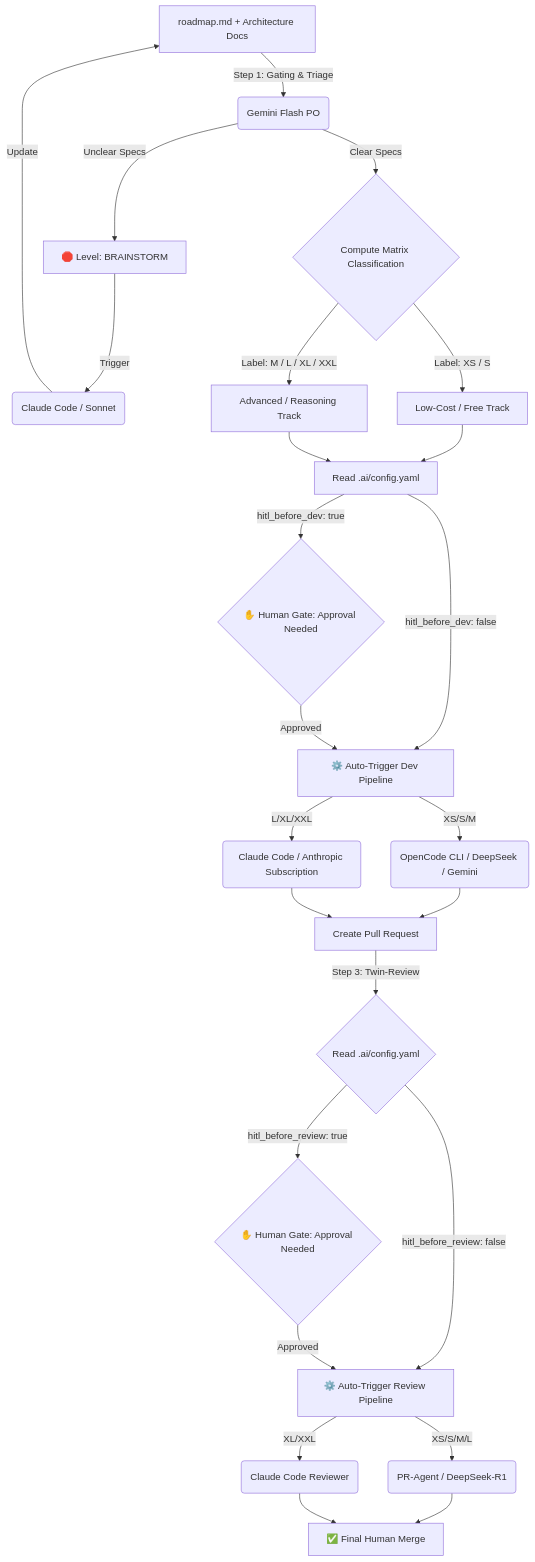
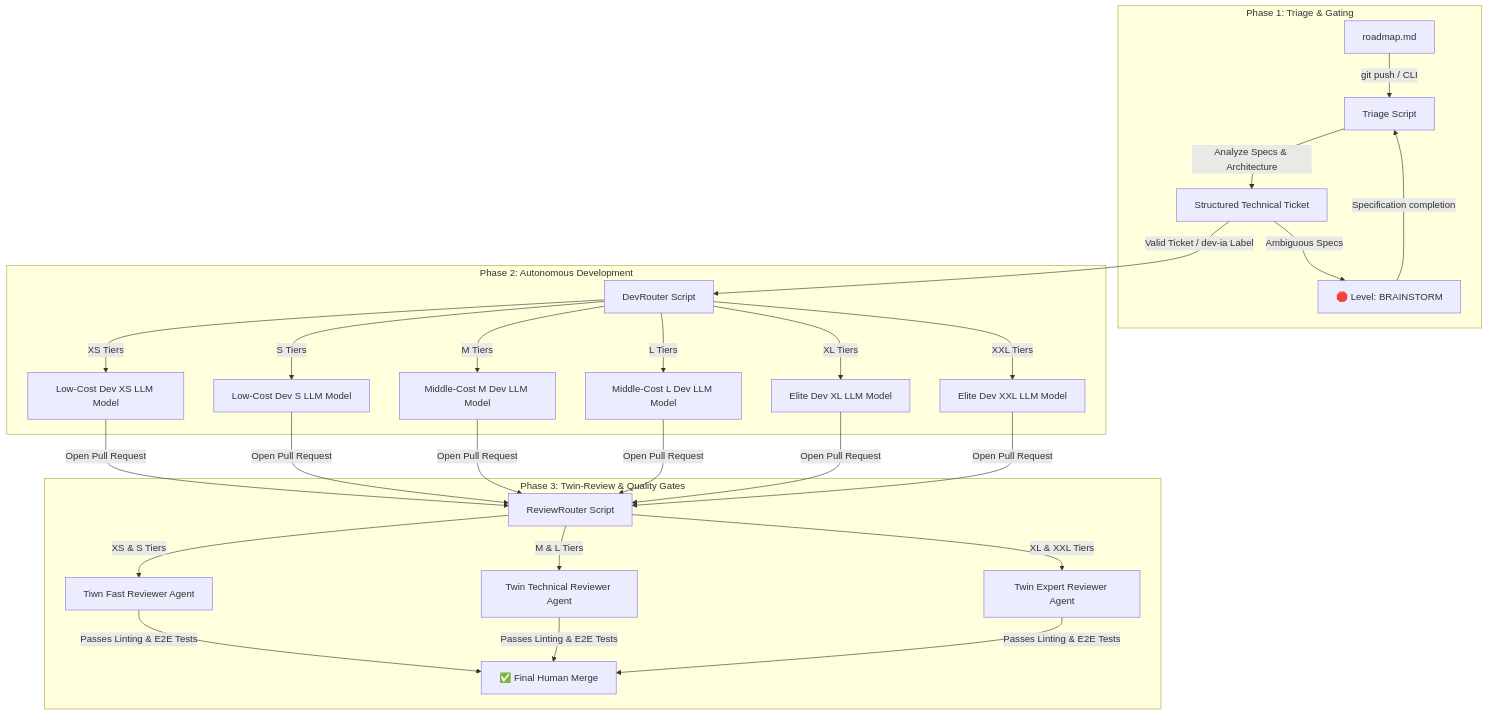
Before and after one commit to fletort/smart-ai-factory: the diagram in README.md, drawn with Mermaid. The commit also changed other lines of this file and 3 other files, not shown here.

Commit message:
doc: Add technical detail on Triage Phase

````diff
--- a/README.md
+++ b/README.md
@@ -11,40 +11,36 @@
 ```mermaid
+graph TD
+    subgraph Phase 1: Triage & Gating
+        RM[roadmap.md] -->|git push / CLI| TR[Triage Script]
+        TR -->|Analyze Specs & Architecture| JSON[Structured Technical Ticket]
+        JSON -->|Ambiguous Specs| BS[🛑 Level: BRAINSTORM]
+        BS -->|Specification completion| TR
+    end
 
-graph TD
-    A[roadmap.md + Architecture Docs] -->|Step 1: Gating & Triage| B(Gemini Flash PO)
+    subgraph Phase 2: Autonomous Development
+        JSON -->|Valid Ticket / dev-ia Label| DEV[DevRouter Script]
+        DEV -->|XS Tiers| XS_DEV[Low-Cost Dev XS LLM Model]
+        DEV -->|S Tiers| S_DEV[Low-Cost Dev S LLM Model]
+        DEV -->|M Tiers| M_DEV[Middle-Cost M Dev LLM Model]
+        DEV -->|L Tiers| L_DEV[Middle-Cost L Dev LLM Model]
+        DEV -->|XL Tiers| XL_DEV[Elite Dev XL LLM Model]
+        DEV -->|XXL Tiers| XXL_DEV[Elite Dev XXL LLM Model]
+    end
 
-    B -->|Unclear Specs| C[🛑 Level: BRAINSTORM]
-    C -->|Trigger| C1(Claude Code / Sonnet)
-    C1 -->|Update| A
+    subgraph Phase 3: Twin-Review & Quality Gates
+        XS_DEV -->|Open Pull Request| REV[ReviewRouter Script]
+        S_DEV -->|Open Pull Request| REV
+        M_DEV -->|Open Pull Request| REV
+        L_DEV -->|Open Pull Request| REV
+        XL_DEV -->|Open Pull Request| REV
+        XXL_DEV -->|Open Pull Request| REV
 
-    B -->|Clear Specs| D{Compute Matrix Classification}
-    D -->|Label: XS / S| E[Low-Cost / Free Track]
-    D -->|Label: M / L / XL / XXL| F[Advanced / Reasoning Track]
+        REV -->|XS & S Tiers| REV_FAST[Tiwn Fast Reviewer Agent]
+        REV -->|M & L Tiers| REV_TECH[Twin Technical Reviewer Agent]
+        REV -->|XL & XXL Tiers| REV_ARCHI[Twin Expert Reviewer Agent]
 
-    E --> G[Read .ai/config.yaml]
-    F --> G
-
-    G -->|hitl_before_dev: true| H{✋ Human Gate: Approval Needed}
-    G -->|hitl_before_dev: false| I[⚙️ Auto-Trigger Dev Pipeline]
-
-    H -->|Approved| I
-
-    I -->|XS/S/M| I1(OpenCode CLI / DeepSeek / Gemini)
-    I -->|L/XL/XXL| I2(Claude Code / Anthropic Subscription)
-
-    I1 --> J[Create Pull Request]
-    I2 --> J
-
-    J -->|Step 3: Twin-Review| K{Read .ai/config.yaml}
-    K -->|hitl_before_review: true| L{✋ Human Gate: Approval Needed}
-    K -->|hitl_before_review: false| M[⚙️ Auto-Trigger Review Pipeline]
-
-    L -->|Approved| M
-
-    M -->|XS/S/M/L| M1(PR-Agent / DeepSeek-R1)
-    M -->|XL/XXL| M2(Claude Code Reviewer)
-
-    M1 --> N[✅ Final Human Merge]
-    M2 --> N
-
+        REV_FAST -->|Passes Linting & E2E Tests| MRG[✅ Final Human Merge]
+        REV_TECH -->|Passes Linting & E2E Tests| MRG
+        REV_ARCHI -->|Passes Linting & E2E Tests| MRG
+    end
 ```
````
